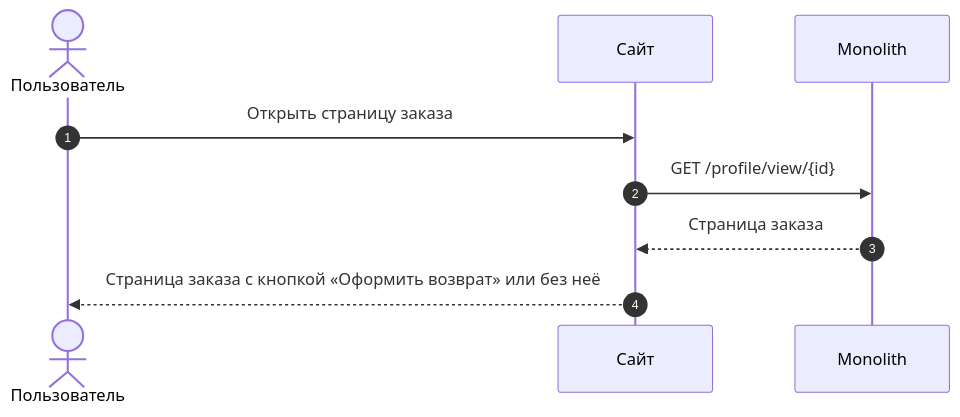
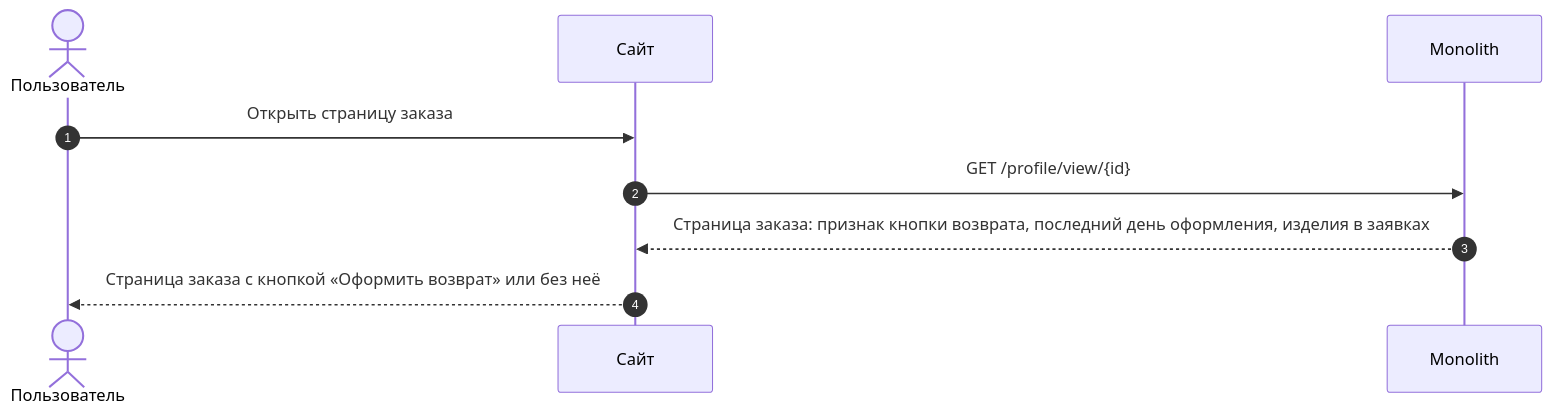
Before and after one commit to Terinss155/opencode-agents-analysis: the first of 21 diagrams in projects/returns-2.0/requirements/srs/srs-web-mvp.md, drawn with Mermaid. The commit also changed other lines of this file and 135 other files, not shown here.

````diff
--- a/projects/returns-2.0/requirements/srs/srs-web-mvp.md
+++ b/projects/returns-2.0/requirements/srs/srs-web-mvp.md
@@ -58,13 +85,12 @@
 ```mermaid
 sequenceDiagram
     autonumber
-
     actor U as Пользователь
     participant WEB as Сайт
     participant MON as Monolith
 
     U->>WEB: Открыть страницу заказа
     WEB->>MON: GET /profile/view/{id}
-    MON-->>WEB: Страница заказа
+    MON-->>WEB: Страница заказа: признак кнопки возврата, последний день оформления, изделия в заявках
     WEB-->>U: Страница заказа с кнопкой «Оформить возврат» или без неё
 ```
````
